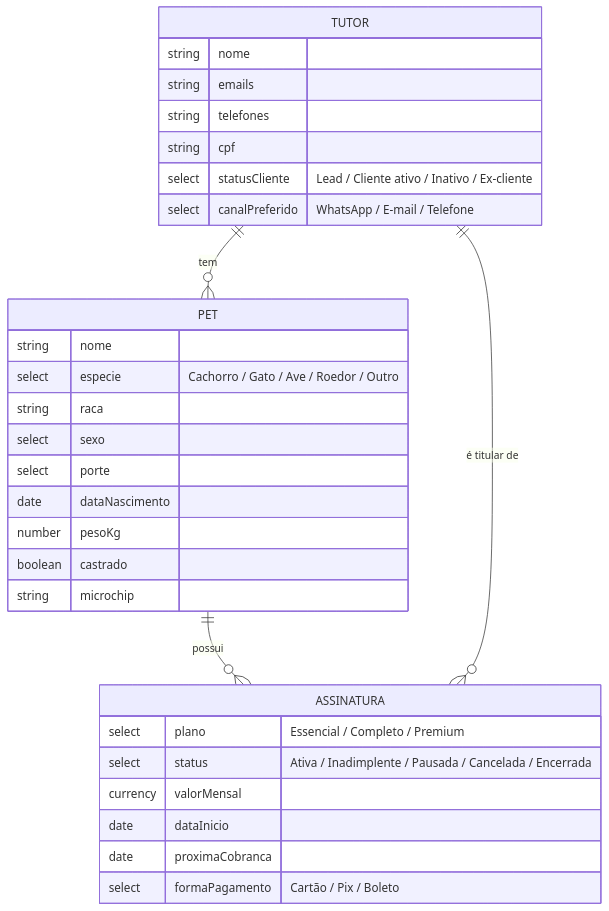
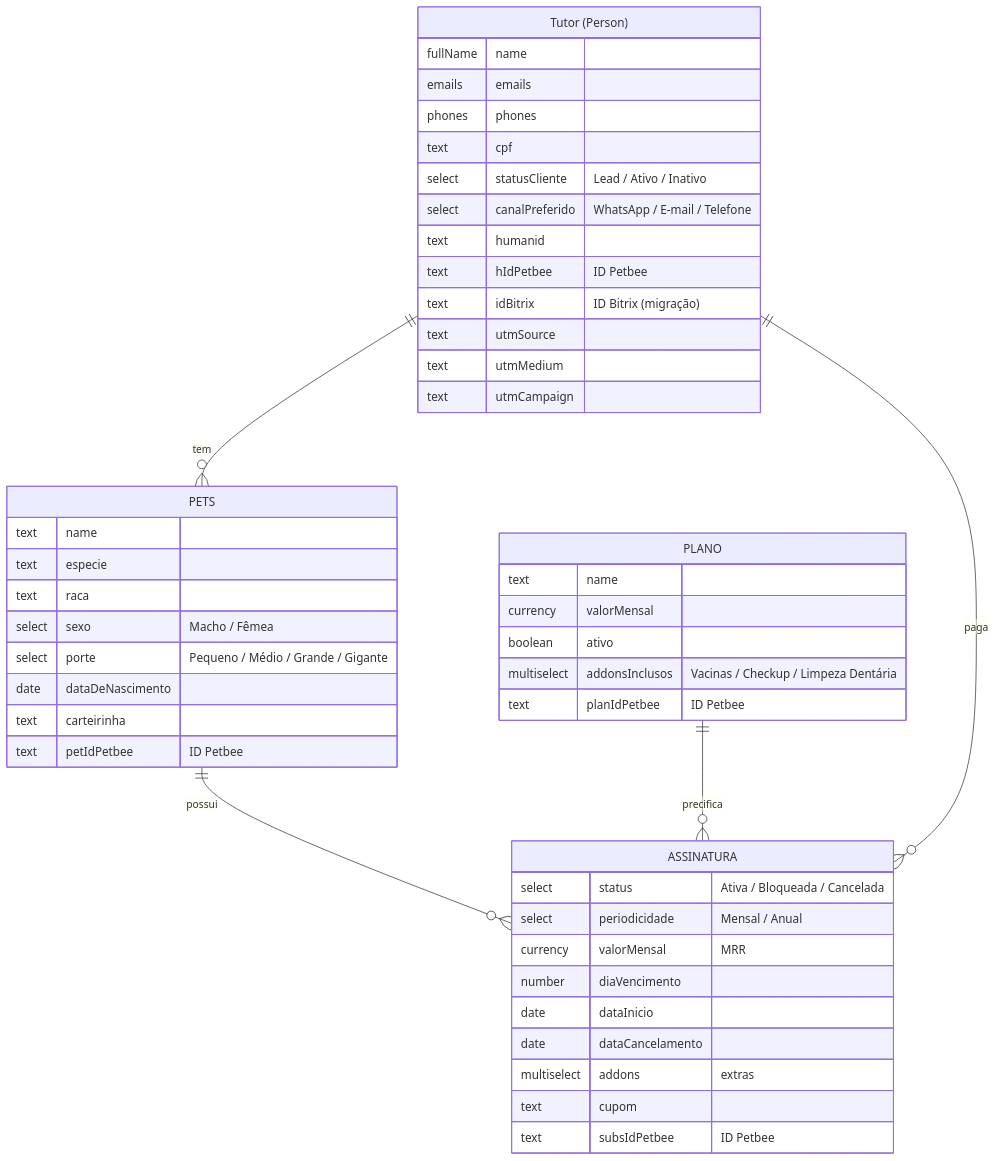
One commit to twentyhq/twenty changed the diagram in petbee/README.md. Above: the diagram before and after it, drawn with Mermaid. The commit also changed other lines of this file and 1 other file, not shown here.

First line of the commit message:
Rebuild Petbee provisioner from live CRM snapshot; harden idempotency

````diff
--- a/petbee/README.md
+++ b/petbee/README.md
@@ -9,34 +14,50 @@
 ```mermaid
 erDiagram
-    TUTOR ||--o{ PET : "tem"
-    PET ||--o{ ASSINATURA : "possui"
-    TUTOR ||--o{ ASSINATURA : "é titular de"
+    TUTOR ||--o{ PETS : "tem"
+    PETS ||--o{ ASSINATURA : "possui"
+    PLANO ||--o{ ASSINATURA : "precifica"
+    TUTOR ||--o{ ASSINATURA : "paga"
 
-    TUTOR {
-        string nome
-        string emails
-        string telefones
-        string cpf
-        select statusCliente "Lead / Cliente ativo / Inativo / Ex-cliente"
+    TUTOR["Tutor (Person)"] {
+        fullName name
+        emails emails
+        phones phones
+        text cpf
+        select statusCliente "Lead / Ativo / Inativo"
         select canalPreferido "WhatsApp / E-mail / Telefone"
+        text humanid
+        text hIdPetbee "ID Petbee"
+        text idBitrix "ID Bitrix (migração)"
+        text utmSource
+        text utmMedium
+        text utmCampaign
     }
-    PET {
-        string nome
-        select especie "Cachorro / Gato / Ave / Roedor / Outro"
-        string raca
-        select sexo
-        select porte
-        date dataNascimento
-        number pesoKg
-        boolean castrado
-        string microchip
+    PETS {
+        text name
+        text especie
+        text raca
+        select sexo "Macho / Fêmea"
+        select porte "Pequeno / Médio / Grande / Gigante"
+        date dataDeNascimento
+        text carteirinha
+        text petIdPetbee "ID Petbee"
+    }
+    PLANO {
+        text name
+        currency valorMensal
+        boolean ativo
+        multiselect addonsInclusos "Vacinas / Checkup / Limpeza Dentária"
+        text planIdPetbee "ID Petbee"
     }
     ASSINATURA {
-        select plano "Essencial / Completo / Premium"
-        select status "Ativa / Inadimplente / Pausada / Cancelada / Encerrada"
-        currency valorMensal
+        select status "Ativa / Bloqueada / Cancelada"
+        select periodicidade "Mensal / Anual"
+        currency valorMensal "MRR"
+        number diaVencimento
         date dataInicio
-        date proximaCobranca
-        select formaPagamento "Cartão / Pix / Boleto"
+        date dataCancelamento
+        multiselect addons "extras"
+        text cupom
+        text subsIdPetbee "ID Petbee"
     }
 ```
````
